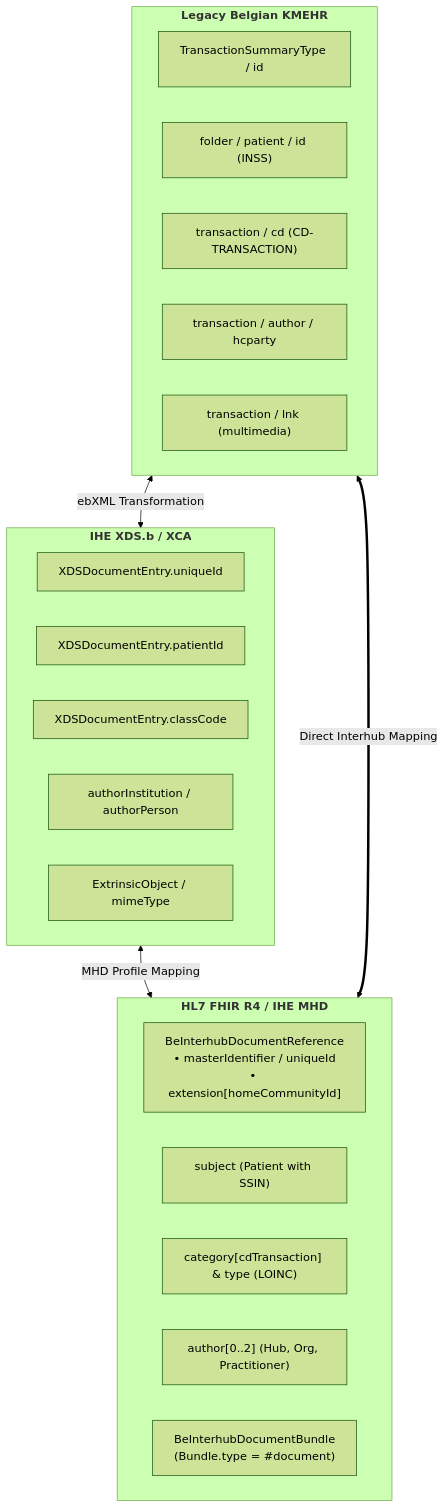
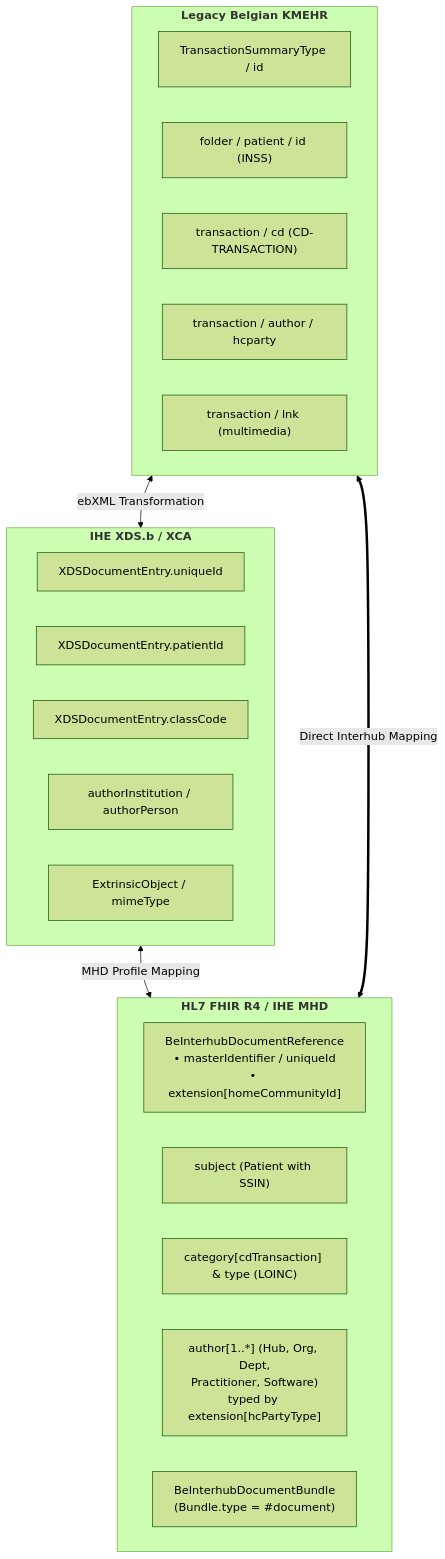
One commit to Erwin-Bellon/hubsharing changed the diagram in input/pagecontent/mapping-kmehr-to-hub.md. Above: the diagram before and after it, drawn with Mermaid (forest theme). The commit also changed other lines of this file and 7 other files, not shown here.

````diff
--- a/input/pagecontent/mapping-kmehr-to-hub.md
+++ b/input/pagecontent/mapping-kmehr-to-hub.md
@@ -13,33 +13,33 @@
 ```mermaid
 flowchart TB
     subgraph KMEHR["<b>Legacy Belgian KMEHR</b>"]
         direction LR
         K1["TransactionSummaryType / id"]
         K2["folder / patient / id (INSS)"]
         K3["transaction / cd (CD-TRANSACTION)"]
         K4["transaction / author / hcparty"]
         K5["transaction / lnk (multimedia)"]
     end
 
     subgraph XDS["<b>IHE XDS.b / XCA</b>"]
         direction LR
         X1["XDSDocumentEntry.uniqueId"]
         X2["XDSDocumentEntry.patientId"]
         X3["XDSDocumentEntry.classCode"]
         X4["authorInstitution / authorPerson"]
         X5["ExtrinsicObject / mimeType"]
     end
 
     subgraph FHIR["<b>HL7 FHIR R4 / IHE MHD</b>"]
         direction LR
         F1["BeInterhubDocumentReference<br/>• masterIdentifier / uniqueId<br/>• extension[homeCommunityId]"]
         F2["subject (Patient with SSIN)"]
         F3["category[cdTransaction] & type (LOINC)"]
-        F4["author[0..2] (Hub, Org, Practitioner)"]
+        F4["author[1..*] (Hub, Org, Dept,<br/>Practitioner, Software)<br/>typed by extension[hcPartyType]"]
         F5["BeInterhubDocumentBundle<br/>(Bundle.type = #document)"]
     end
 
     KMEHR <-->|"ebXML Transformation"| XDS
     XDS <-->|"MHD Profile Mapping"| FHIR
     KMEHR <===>|"Direct Interhub Mapping"| FHIR
 ```
````
